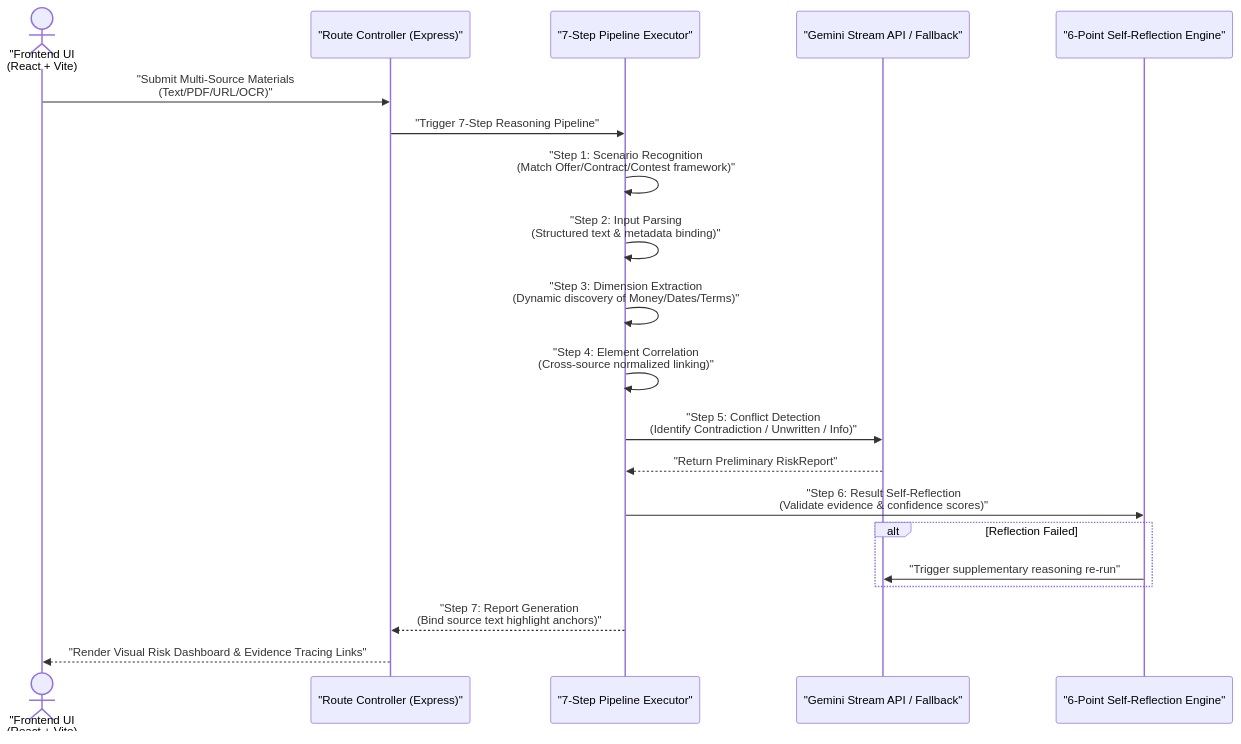
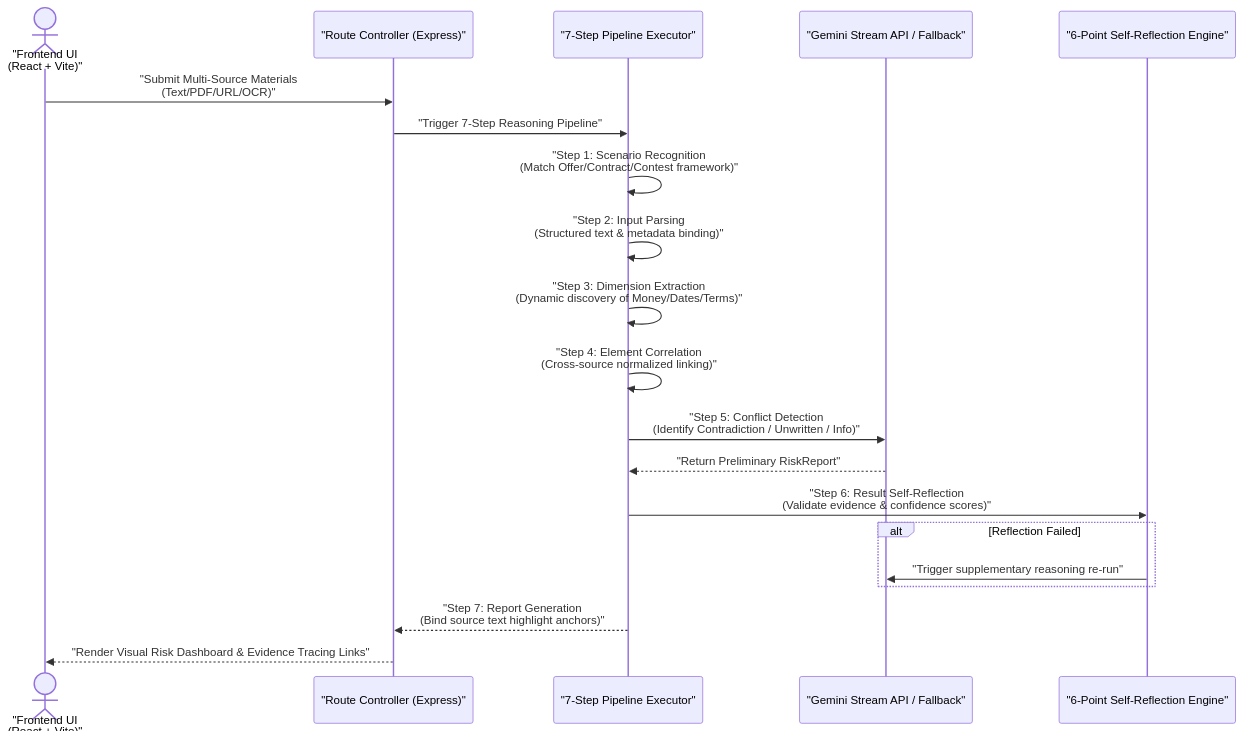
Before and after one commit to MeiSiristhebest/youju: the second of 3 diagrams in README_EN.md, drawn with Mermaid. The commit also changed other lines of this file and 1 other file, not shown here.

````diff
--- a/README_EN.md
+++ b/README_EN.md
@@ -73,23 +81,23 @@
 ```mermaid
 sequenceDiagram
-    actor Client as "Frontend UI<br/>(React + Vite)
+    actor Client as "Frontend UI<br/>(React + Vite)"
     participant Server as "Route Controller (Express)"
     participant Pipeline as "7-Step Pipeline Executor"
     participant Gemini as "Gemini Stream API / Fallback"
     participant Verifier as "6-Point Self-Reflection Engine"
 
     Client->>Server: "Submit Multi-Source Materials<br/>(Text/PDF/URL/OCR)"
     Server->>Pipeline: "Trigger 7-Step Reasoning Pipeline"
     Pipeline->>Pipeline: "Step 1: Scenario Recognition<br/>(Match Offer/Contract/Contest framework)"
     Pipeline->>Pipeline: "Step 2: Input Parsing<br/>(Structured text & metadata binding)"
     Pipeline->>Pipeline: "Step 3: Dimension Extraction<br/>(Dynamic discovery of Money/Dates/Terms)"
     Pipeline->>Pipeline: "Step 4: Element Correlation<br/>(Cross-source normalized linking)"
     Pipeline->>Gemini: "Step 5: Conflict Detection<br/>(Identify Contradiction / Unwritten / Info)"
     Gemini-->>Pipeline: "Return Preliminary RiskReport"
     Pipeline->>Verifier: "Step 6: Result Self-Reflection<br/>(Validate evidence & confidence scores)"
     alt Reflection Failed
         Verifier->>Gemini: "Trigger supplementary reasoning re-run"
     end
     Pipeline-->>Server: "Step 7: Report Generation<br/>(Bind source text highlight anchors)"
     Server-->>Client: "Render Visual Risk Dashboard & Evidence Tracing Links"
 ```
````
